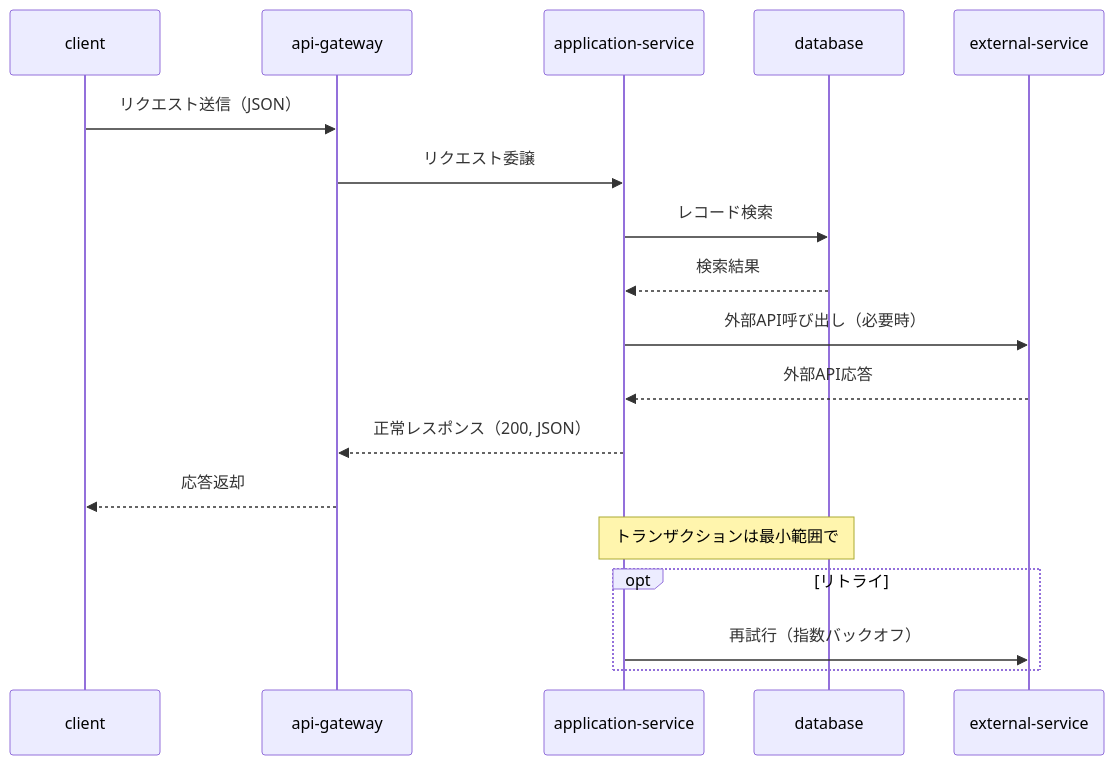
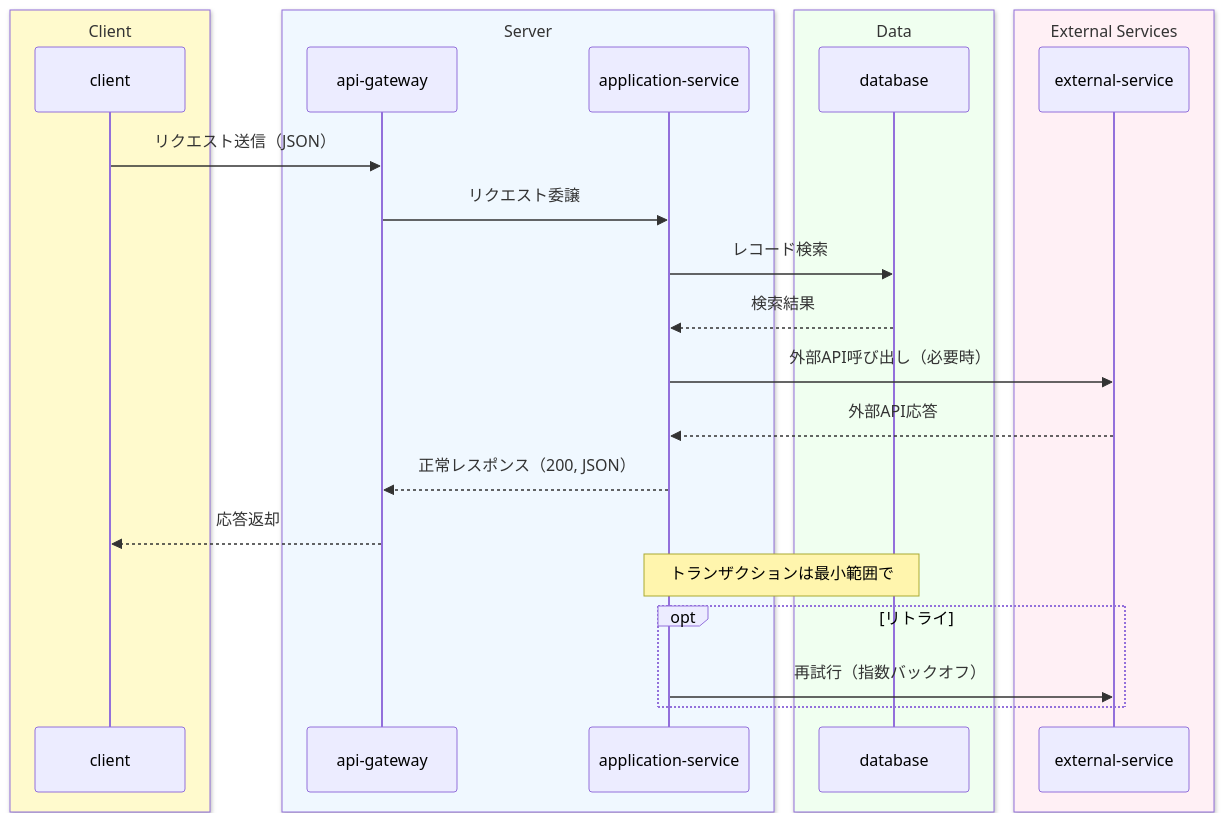
One commit to ymdarake/dotfiles changed the first of 2 diagrams in cursor/rules/mermaid-guidelines.mdc. Above: the diagram before and after it, drawn with Mermaid. The commit also changed other lines of this file and 1 other file, not shown here.

First line of the commit message:
:memo: グローバルガイドラインにMermaid記法ガイドラインを追加し、シーケンス図と構成図の例を強化

````diff
--- a/cursor/rules/mermaid-guidelines.mdc
+++ b/cursor/rules/mermaid-guidelines.mdc
@@ -28,22 +28,30 @@
 ```mermaid
 sequenceDiagram
-  participant CL as client
-  participant API as api-gateway
-  participant APP as application-service
-  participant DB as database
-  participant EXT as external-service
+  box LemonChiffon Client
+    participant CL as client
+  end
+  box AliceBlue Server
+    participant API as api-gateway
+    participant APP as application-service
+  end
+  box HoneyDew Data
+    participant DB as database
+  end
+  box LavenderBlush External Services
+    participant EXT as external-service
+  end
 
   CL->>API: リクエスト送信（JSON）
   API->>APP: リクエスト委譲
   APP->>DB: レコード検索
   DB-->>APP: 検索結果
   APP->>EXT: 外部API呼び出し（必要時）
   EXT-->>APP: 外部API応答
   APP-->>API: 正常レスポンス（200, JSON）
   API-->>CL: 応答返却
 
   Note over APP,DB: トランザクションは最小範囲で
   opt リトライ
     APP->>EXT: 再試行（指数バックオフ）
   end
 ```
````
